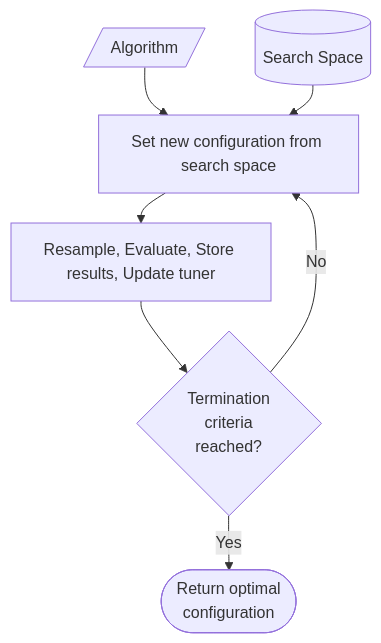
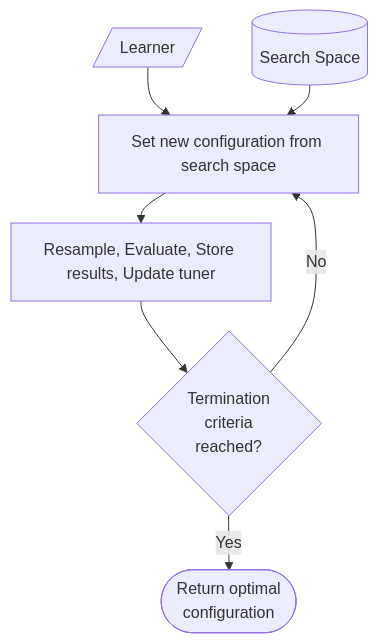
The first of 2 diagrams in book/optimization.qmd (mlr-org/mlr3book), drawn with Mermaid before and after one commit.

Commit message:
refactor: algorithm to learner

````diff
--- a/book/optimization.qmd
+++ b/book/optimization.qmd
@@ -59,17 +59,17 @@
 ```{mermaid optimization-002}
 %%| label: fig-optimization-loop
 %%| fig-cap: Representation of hyperparameter optimization. Shows the iterative process selecting and evaluating configurations until termination criteria is reached.
 %%| alt-text: Flowchart representing hyperparameter optimization. Diagram shows inputs 'Algorithm' and 'Search Space' passing into 'Set new configuration from search space' which passes into 'Resample, Evaluate, Store results, Update tuner', which next feeds into 'Termination criteria reached?', which either shows an arrow with text saying 'No' pointing back to 'Set new configuration from search space', or an arrow with text saying 'Yes' pointing to the final node 'Return optimal configuration'.
 %%{init: { 'flowchart': { 'curve': 'basis', 'rankSpacing': 30}}}%%
 flowchart TB
-    alg[/Algorithm/]
+    alg[/Learner/]
     search[(Search Space)]
     id1[Set new configuration from search space]
     id2[Resample, Evaluate, Store results, Update tuner]
     id4{Termination<br>criteria<br>reached?}
     id5([Return optimal<br>configuration])
     alg --> id1
     search --> id1 --> id2 --> id4
     id4 -->|No| id1
     id4 -->|Yes| id5
 ```
````
